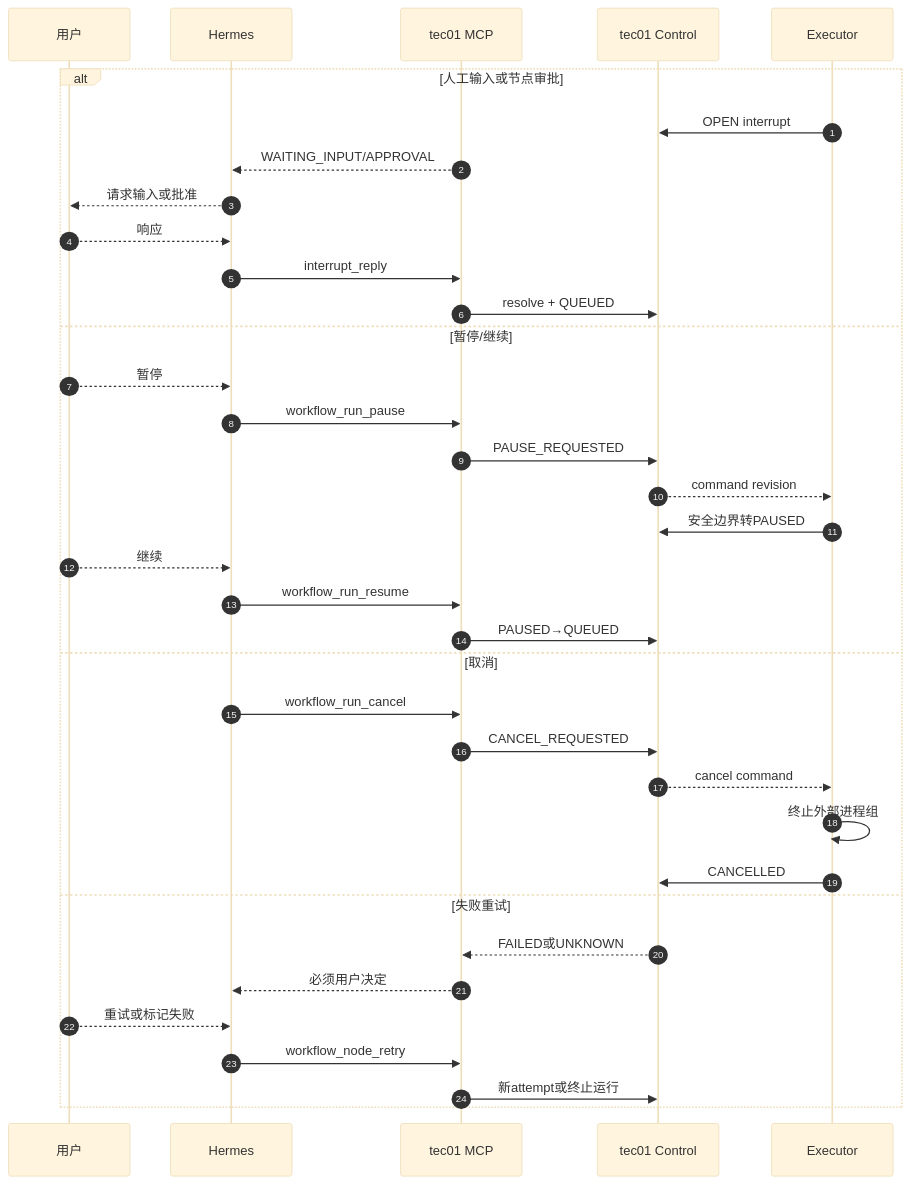
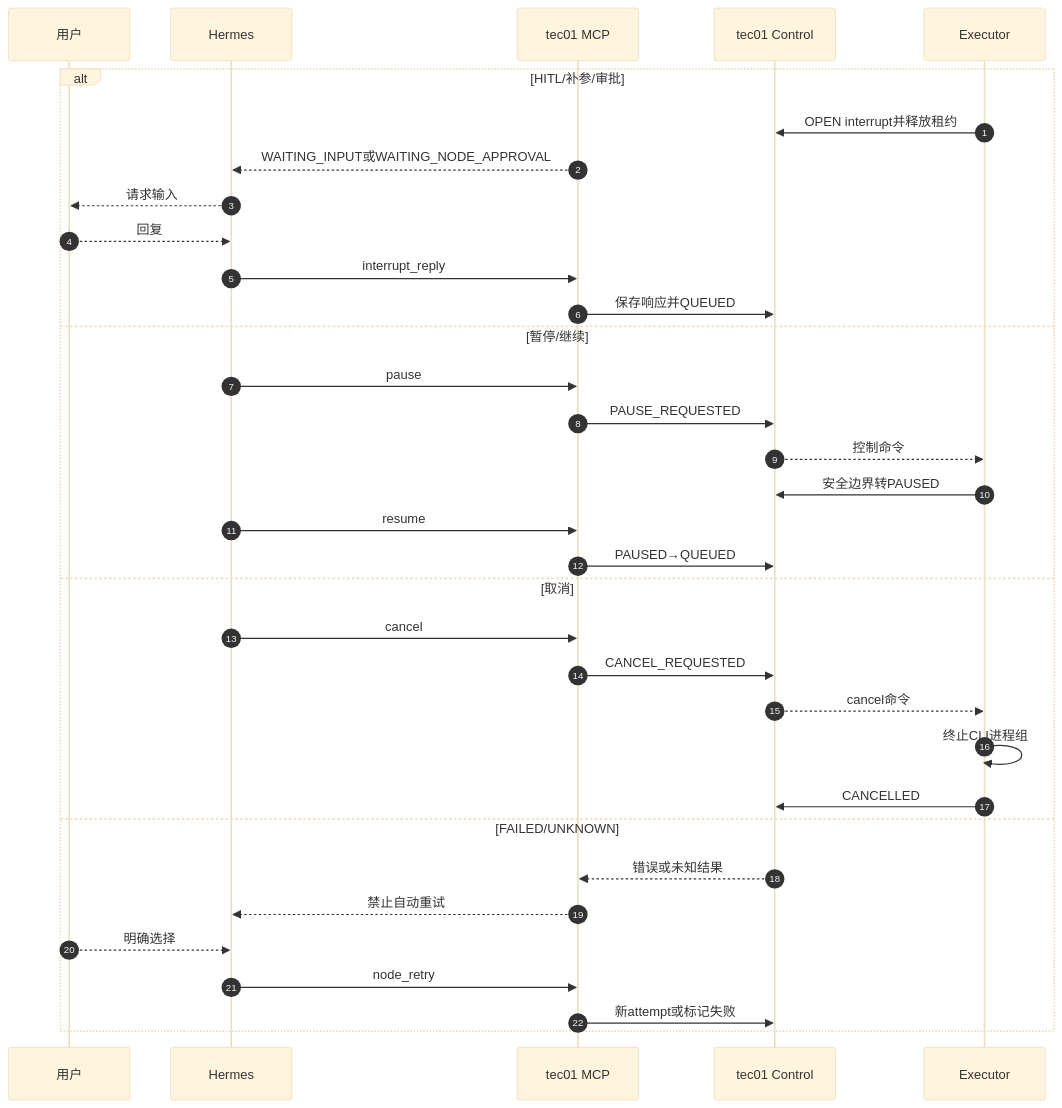
Before and after one commit to armin1024/itsm-workflow: the sixth of 7 diagrams in docs/tec01-control-plane-split.md, drawn with Mermaid (base theme). The commit also changed other lines of this file and 2 other files, not shown here.

Commit message:
docs: unify workflow compiler registry and executor

````diff
--- a/docs/tec01-control-plane-split.md
+++ b/docs/tec01-control-plane-split.md
@@ -659,39 +405,37 @@
 ```mermaid
 sequenceDiagram
     autonumber
     participant U as 用户
     participant H as Hermes
     participant M as tec01 MCP
-    participant C as tec01 Control
+    participant T as tec01 Control
     participant E as Executor
 
-    alt 人工输入或节点审批
-        E->>C: OPEN interrupt
-        M-->>H: WAITING_INPUT/APPROVAL
-        H-->>U: 请求输入或批准
-        U-->>H: 响应
+    alt HITL/补参/审批
+        E->>T: OPEN interrupt并释放租约
+        M-->>H: WAITING_INPUT或WAITING_NODE_APPROVAL
+        H-->>U: 请求输入
+        U-->>H: 回复
         H->>M: interrupt_reply
-        M->>C: resolve + QUEUED
+        M->>T: 保存响应并QUEUED
     else 暂停/继续
-        U-->>H: 暂停
-        H->>M: workflow_run_pause
-        M->>C: PAUSE_REQUESTED
-        C-->>E: command revision
-        E->>C: 安全边界转PAUSED
-        U-->>H: 继续
-        H->>M: workflow_run_resume
-        M->>C: PAUSED→QUEUED
+        H->>M: pause
+        M->>T: PAUSE_REQUESTED
+        T-->>E: 控制命令
+        E->>T: 安全边界转PAUSED
+        H->>M: resume
+        M->>T: PAUSED→QUEUED
     else 取消
-        H->>M: workflow_run_cancel
-        M->>C: CANCEL_REQUESTED
-        C-->>E: cancel command
-        E->>E: 终止外部进程组
-        E->>C: CANCELLED
-    else 失败重试
-        C-->>M: FAILED或UNKNOWN
-        M-->>H: 必须用户决定
-        U-->>H: 重试或标记失败
-        H->>M: workflow_node_retry
-        M->>C: 新attempt或终止运行
+        H->>M: cancel
+        M->>T: CANCEL_REQUESTED
+        T-->>E: cancel命令
+        E->>E: 终止CLI进程组
+        E->>T: CANCELLED
+    else FAILED/UNKNOWN
+        T-->>M: 错误或未知结果
+        M-->>H: 禁止自动重试
+        U-->>H: 明确选择
+        H->>M: node_retry
+        M->>T: 新attempt或标记失败
     end
 ```
````
